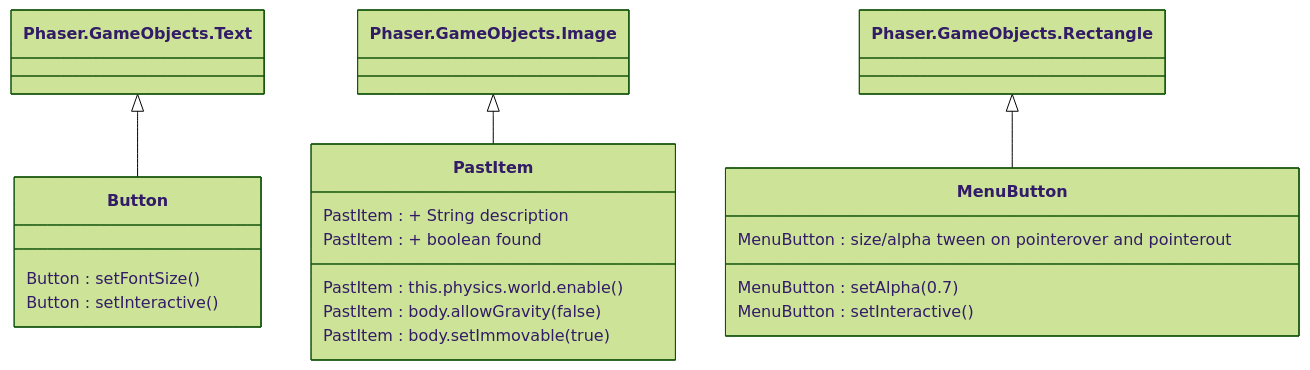
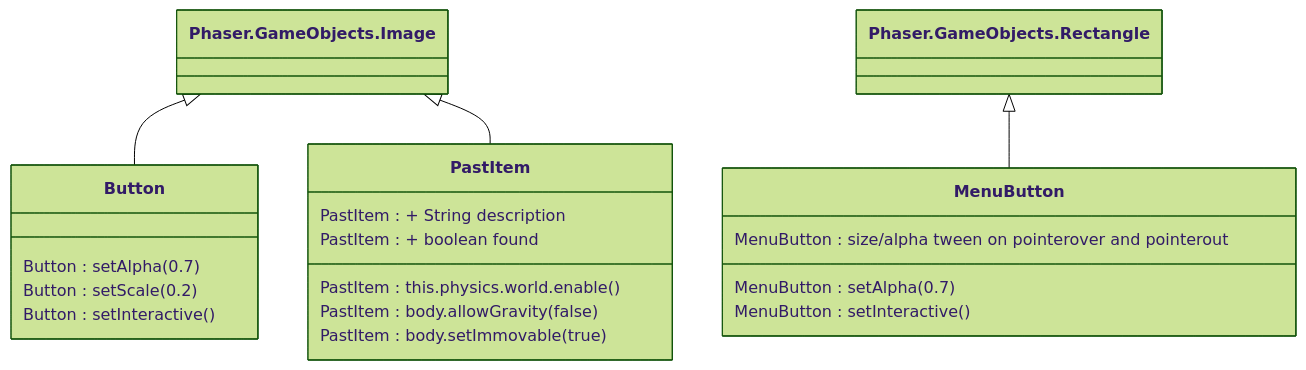
One commit to pkarthi3/time-and-space-thing changed the diagram in ARCHITECTURE.md. Above: the diagram before and after it, drawn with Mermaid (forest theme). The commit also changed 4 other files, not shown here.

Commit message:
switched from text placeholders to image buttons ingame, updated ASSETS.md and ARCHITECTURE.md to reflect this change

````diff
--- a/ARCHITECTURE.md
+++ b/ARCHITECTURE.md
@@ -1,26 +1,27 @@
 ```mermaid
 classDiagram
-    Phaser.GameObjects.Text <|-- Button
+    Phaser.GameObjects.Image <|-- Button
     Phaser.GameObjects.Image <|-- PastItem
     class Button {
-        Button : setFontSize()
+        Button : setAlpha(0.7)
+        Button : setScale(0.2)
         Button : setInteractive()
     }
     
     class PastItem {
         PastItem : this.physics.world.enable()
         PastItem : + String description
         PastItem : body.allowGravity(false)
         PastItem : body.setImmovable(true)
         PastItem : + boolean found
 
     }
 
     Phaser.GameObjects.Rectangle <|-- MenuButton
 
     class MenuButton {
         MenuButton : setAlpha(0.7)
         MenuButton : setInteractive()
         MenuButton : size/alpha tween on pointerover and pointerout
     }
 ```
````
